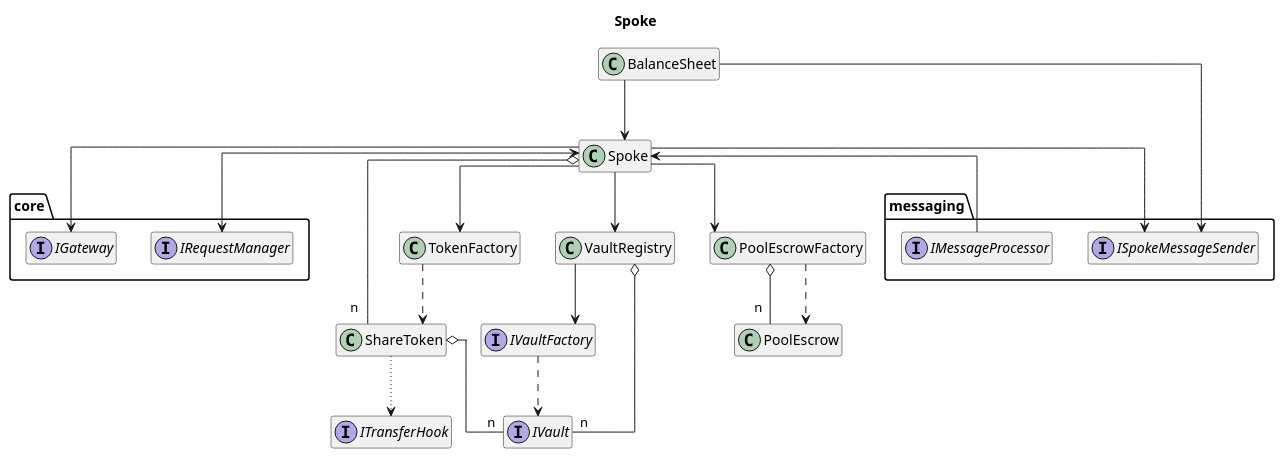
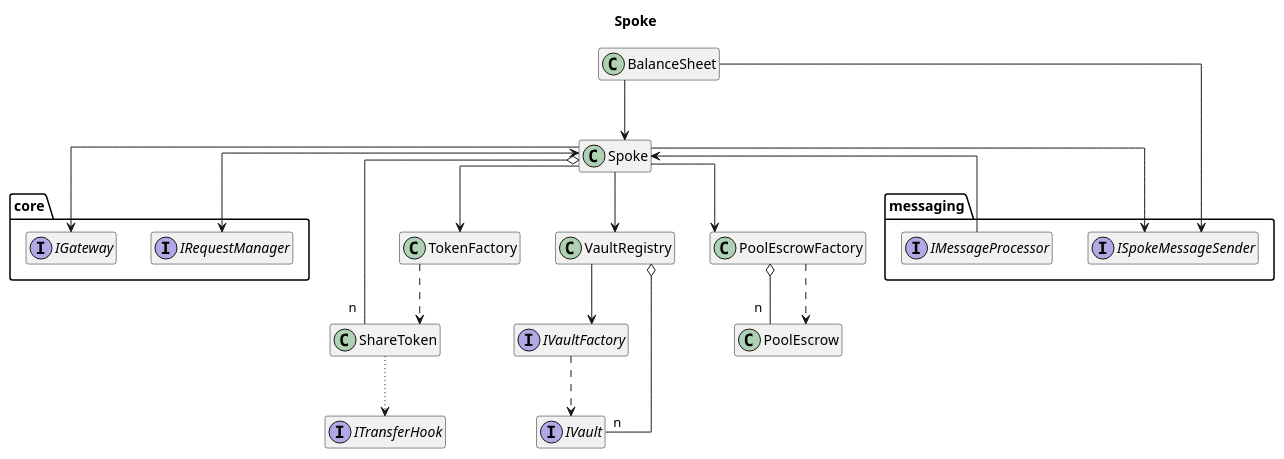
The diagram in docs/architecture/core/spoke.puml (centrifuge/protocol), drawn with PlantUML before and after one commit. The commit also changed 3 other files, not shown here.

```diff
--- a/docs/architecture/core/spoke.puml
+++ b/docs/architecture/core/spoke.puml
@@ -1,53 +1,52 @@
 @startuml spoke
 title Spoke
 hide empty members
 
 skinparam linetype ortho
 
 package core {
     interface IGateway
     interface IRequestManager
 }
 
 package messaging {
     interface ISpokeMessageSender
     interface IMessageProcessor
 }
 
 class Spoke
 class ShareToken
 class BalanceSheet
 class TokenFactory
 class VaultRegistry
 class PoolEscrowFactory
 class PoolEscrow
 
 interface IVaultFactory
 interface IVault
 interface ITransferHook
 
 Spoke --> TokenFactory
 Spoke --> PoolEscrowFactory
 Spoke o-- "n" ShareToken
 Spoke --> IGateway
 Spoke --> ISpokeMessageSender
 Spoke --> VaultRegistry
 Spoke <-> IRequestManager
 Spoke <-- IMessageProcessor
 
 VaultRegistry --> IVaultFactory
-VaultRegistry o-- "n" IVault
+VaultRegistry o-[norank]- "n" IVault
 
 BalanceSheet --> Spoke
 BalanceSheet --> ISpokeMessageSender
 
 PoolEscrowFactory o-- "n" PoolEscrow
 PoolEscrowFactory ..> PoolEscrow
 
 ShareToken .[dotted].> ITransferHook
-ShareToken o-- "n" IVault
 
 TokenFactory ..> ShareToken
 IVaultFactory ..> IVault
 
 @enduml
```
